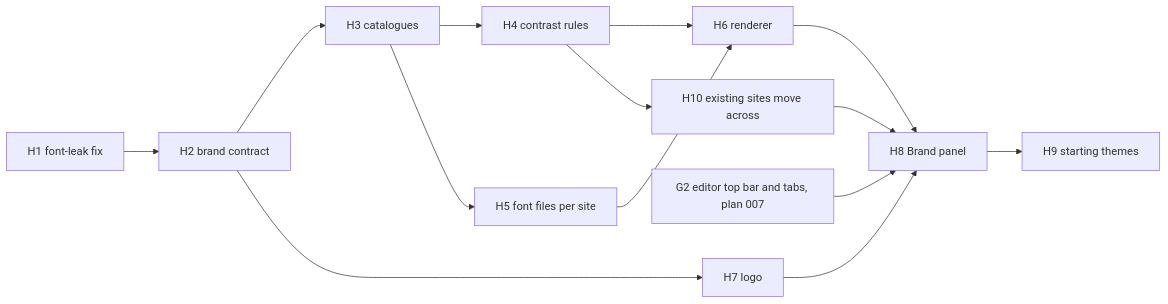
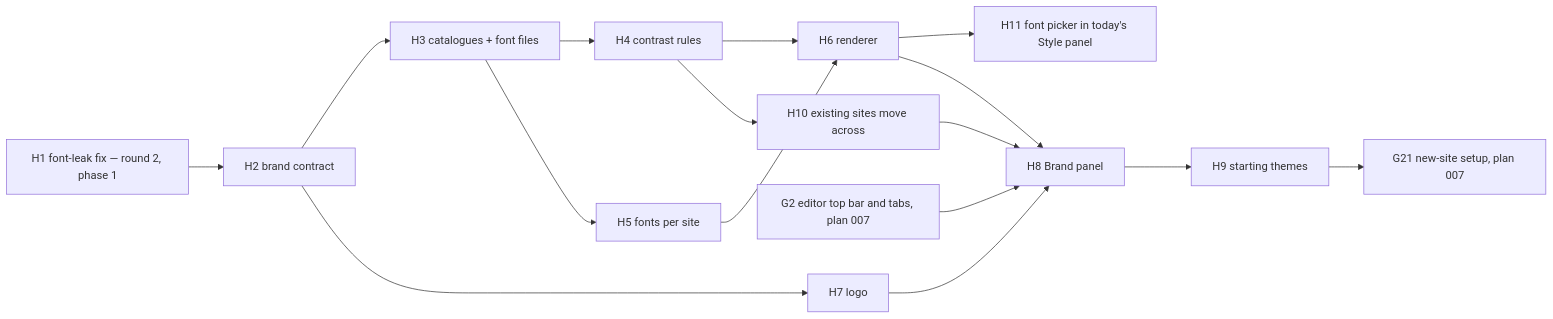
The second of 2 diagrams in docs/plans/2026-09-26-008-feat-brand-v2-plan.md (saroh-labs/saroh.in), drawn with Mermaid before and after one commit. The commit also changed other lines of this file, not shown here.

First line of the commit message:
docs(plans): deepen Brand v2 plan: its own track, fonts first

````diff
--- a/docs/plans/2026-09-26-008-feat-brand-v2-plan.md
+++ b/docs/plans/2026-09-26-008-feat-brand-v2-plan.md
@@ -441,17 +472,19 @@
 ```mermaid
 flowchart LR
-  H1[H1 font-leak fix]
+  H1[H1 font-leak fix — round 2, phase 1]
   H1 --> H2[H2 brand contract]
-  H2 --> H3[H3 catalogues]
+  H2 --> H3[H3 catalogues + font files]
   H3 --> H4[H4 contrast rules]
-  H3 --> H5[H5 font files per site]
+  H3 --> H5[H5 fonts per site]
   H4 --> H6[H6 renderer]
   H5 --> H6
+  H6 --> H11[H11 font picker in today's Style panel]
   H2 --> H7[H7 logo]
   H6 --> H8[H8 Brand panel]
   H7 --> H8
   G2[G2 editor top bar and tabs, plan 007] --> H8
   H8 --> H9[H9 starting themes]
   H4 --> H10[H10 existing sites move across]
   H10 --> H8
+  H9 --> G21[G21 new-site setup, plan 007]
 ```
````
